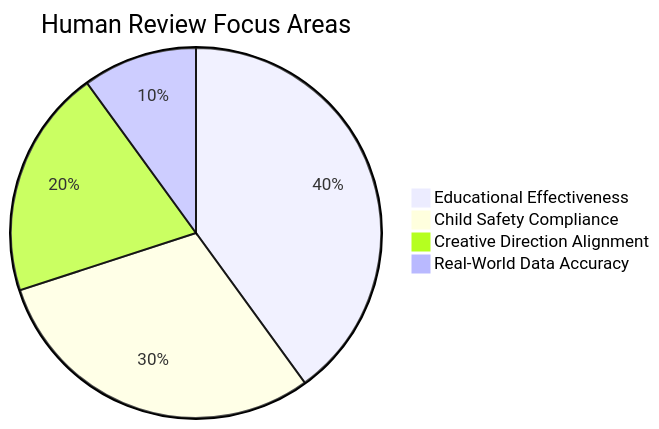
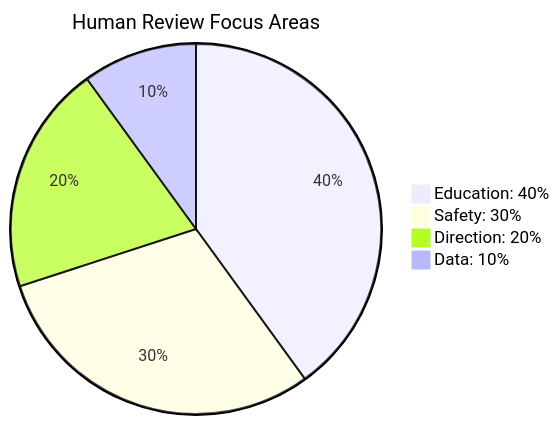
The seventh of 9 diagrams in docs/_posts/2025-08-04-ai-first-development-workflow-copilot-agents.md (victorsaly/WorldLeadersGame), drawn with Mermaid before and after one commit. The commit also changed 7 other files, not shown here.

Commit message:
🎨 Update Mermaid Diagrams for Enhanced Clarity and Readability

````diff
--- a/docs/_posts/2025-08-04-ai-first-development-workflow-copilot-agents.md
+++ b/docs/_posts/2025-08-04-ai-first-development-workflow-copilot-agents.md
@@ -409,7 +409,8 @@
 ```mermaid
+%%{init: {'pie': {'textPosition': 0.75}, 'themeVariables': {'pieOuterStrokeWidth': '2px', 'pieSectionTextSize': '16px', 'pieTitleTextSize': '20px'}}}%%
 pie title Human Review Focus Areas
-    "Educational Effectiveness" : 40
-    "Child Safety Compliance" : 30
-    "Creative Direction Alignment" : 20
-    "Real-World Data Accuracy" : 10
+    "Education: 40%" : 40
+    "Safety: 30%" : 30
+    "Direction: 20%" : 20
+    "Data: 10%" : 10
 ```
````
